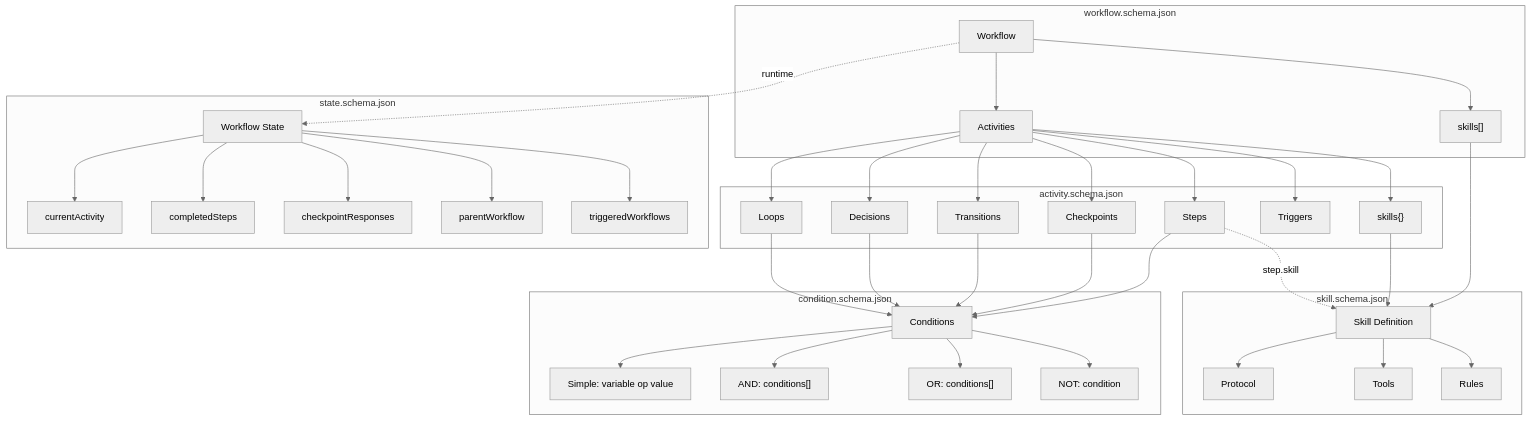
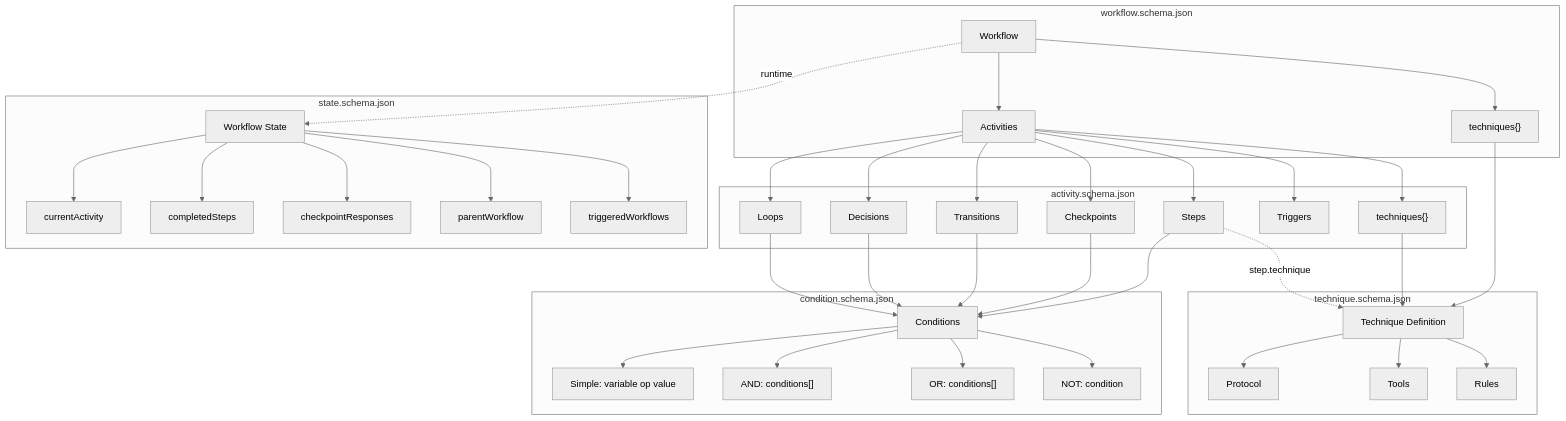
One commit to m2ux/workflow-server changed the second of 3 diagrams in schemas/README.md. Above: the diagram before and after it, drawn with Mermaid (neutral theme). The commit also changed other lines of this file and 10 other files, not shown here.

````diff
--- a/schemas/README.md
+++ b/schemas/README.md
@@ -71,47 +71,47 @@
 ```mermaid
 flowchart TB
     subgraph Workflow["workflow.schema.json"]
         W[Workflow] --> A[Activities]
-        W --> SK1["skills[]"]
+        W --> SK1["techniques{}"]
     end
     
     subgraph Activity["activity.schema.json"]
         A --> S[Steps]
         A --> C[Checkpoints]
         A --> D[Decisions]
         A --> L[Loops]
         A --> T[Transitions]
         A --> TR[Triggers]
-        A --> SK2["skills{}"]
+        A --> SK2["techniques{}"]
     end
     
-    subgraph Skill["skill.schema.json"]
-        SK1 --> SKD[Skill Definition]
+    subgraph Technique["technique.schema.json"]
+        SK1 --> SKD[Technique Definition]
         SK2 --> SKD
-        S -.->|"step.skill"| SKD
+        S -.->|"step.technique"| SKD
         SKD --> Proto[Protocol]
         SKD --> Tools[Tools]
         SKD --> Rules[Rules]
     end
     
     subgraph Condition["condition.schema.json"]
         S --> COND[Conditions]
         C --> COND
         T --> COND
         D --> COND
         L --> COND
         COND --> Simple["Simple: variable op value"]
         COND --> And["AND: conditions[]"]
         COND --> Or["OR: conditions[]"]
         COND --> Not["NOT: condition"]
     end
     
     subgraph State["state.schema.json"]
         W -.->|"runtime"| ST[Workflow State]
         ST --> CA[currentActivity]
         ST --> CS[completedSteps]
         ST --> CR[checkpointResponses]
         ST --> PW[parentWorkflow]
         ST --> TW[triggeredWorkflows]
     end
 ```
````
